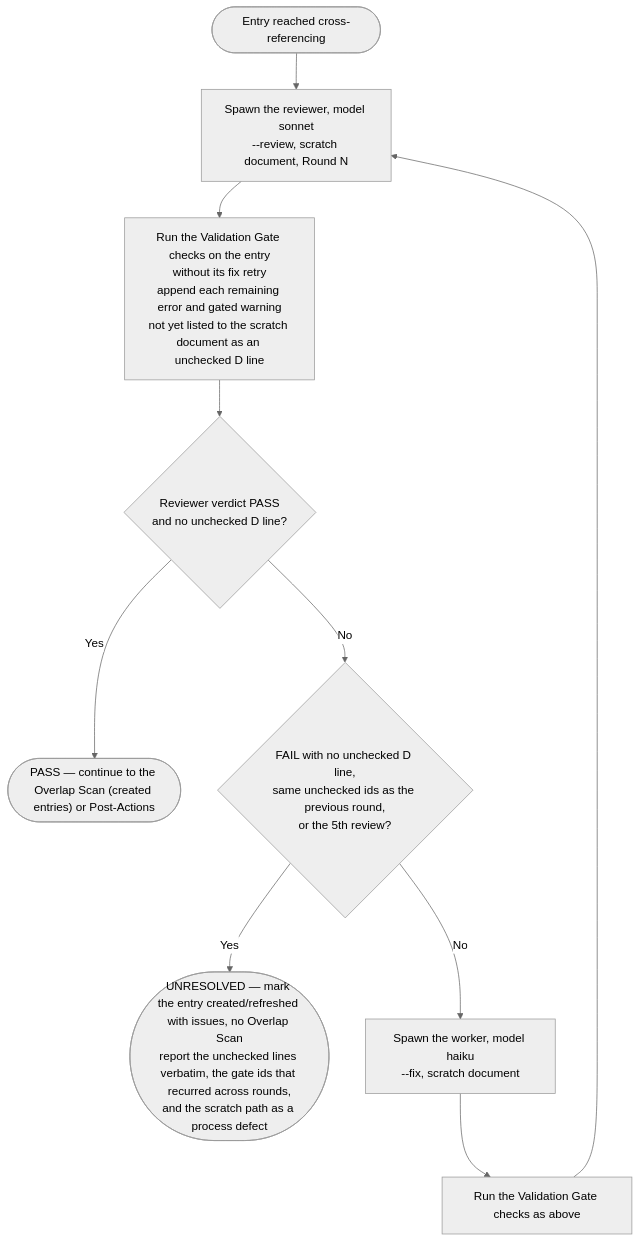
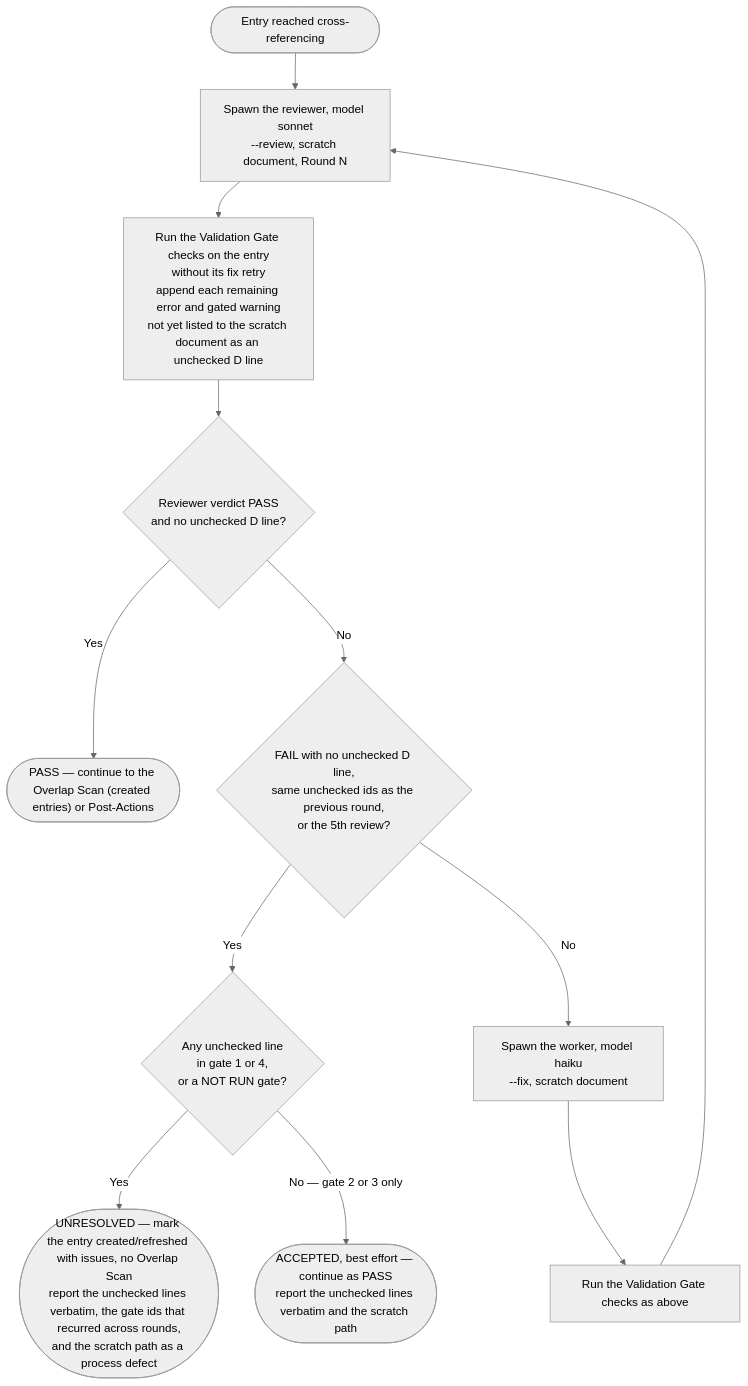
Before and after one commit to Jamie-BitFlight/claude_skills: the fourth of 4 diagrams in .claude/skills/research-curator/SKILL.md, drawn with Mermaid (neutral theme). The commit also changed other lines of this file and 2 other files, not shown here.

First line of the commit message:
fix(research-curator): accept semantic review findings as best effort

````diff
--- a/.claude/skills/research-curator/SKILL.md
+++ b/.claude/skills/research-curator/SKILL.md
@@ -278,12 +282,14 @@
 ```mermaid
 flowchart TD
     Start(["Entry reached cross-referencing"]) --> Review["Spawn the reviewer, model sonnet<br>--review, scratch document, Round N"]
     Review --> Gate["Run the Validation Gate checks on the entry<br>without its fix retry<br>append each remaining error and gated warning<br>not yet listed to the scratch document as an unchecked D line"]
     Gate --> Q{"Reviewer verdict PASS<br>and no unchecked D line?"}
     Q -->|"Yes"| Pass(["PASS — continue to the Overlap Scan (created entries) or Post-Actions"])
     Q -->|"No"| Stop{"FAIL with no unchecked D line,<br>same unchecked ids as the previous round,<br>or the 5th review?"}
-    Stop -->|"Yes"| Unresolved(["UNRESOLVED — mark the entry created/refreshed with issues, no Overlap Scan<br>report the unchecked lines verbatim, the gate ids that recurred across rounds,<br>and the scratch path as a process defect"])
+    Stop -->|"Yes"| Kind{"Any unchecked line<br>in gate 1 or 4,<br>or a NOT RUN gate?"}
+    Kind -->|"Yes"| Unresolved(["UNRESOLVED — mark the entry created/refreshed with issues, no Overlap Scan<br>report the unchecked lines verbatim, the gate ids that recurred across rounds,<br>and the scratch path as a process defect"])
+    Kind -->|"No — gate 2 or 3 only"| Accepted(["ACCEPTED, best effort — continue as PASS<br>report the unchecked lines verbatim and the scratch path"])
     Stop -->|"No"| Fix["Spawn the worker, model haiku<br>--fix, scratch document"]
     Fix --> Gate2["Run the Validation Gate checks as above"]
     Gate2 --> Review
 ```
````
